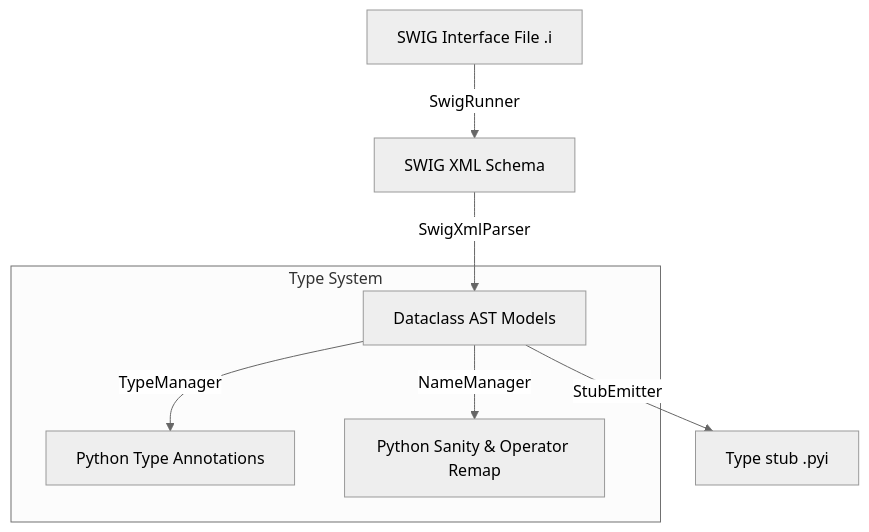
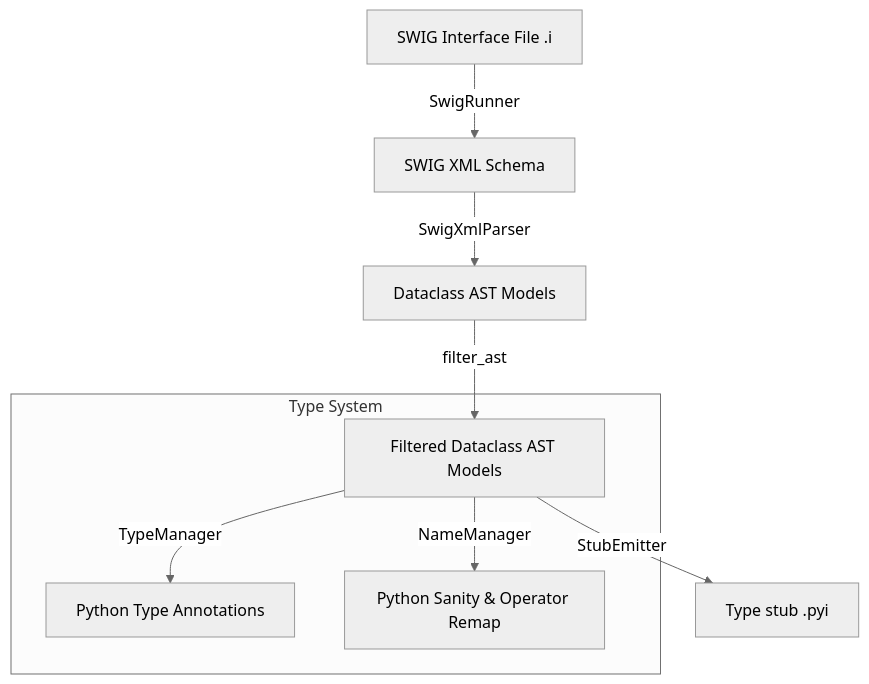
The diagram in .project/design.md (bwrob/swig2pyi), drawn with Mermaid (neutral theme) before and after one commit. The commit also changed other lines of this file and 12 other files, not shown here.

Commit message:
feat: implement transitive stub filtering and CLI filter-file option

````diff
--- a/.project/design.md
+++ b/.project/design.md
@@ -11,11 +11,12 @@
 ```mermaid
 graph TD
     A[SWIG Interface File .i] -->|SwigRunner| B[SWIG XML Schema]
     B -->|SwigXmlParser| C[Dataclass AST Models]
-    C -->|StubEmitter| D[Type stub .pyi]
+    C -->|filter_ast| G[Filtered Dataclass AST Models]
+    G -->|StubEmitter| D[Type stub .pyi]
 
     subgraph Type System
-        C -->|TypeManager| E[Python Type Annotations]
-        C -->|NameManager| F[Python Sanity & Operator Remap]
+        G -->|TypeManager| E[Python Type Annotations]
+        G -->|NameManager| F[Python Sanity & Operator Remap]
     end
 ```
````
